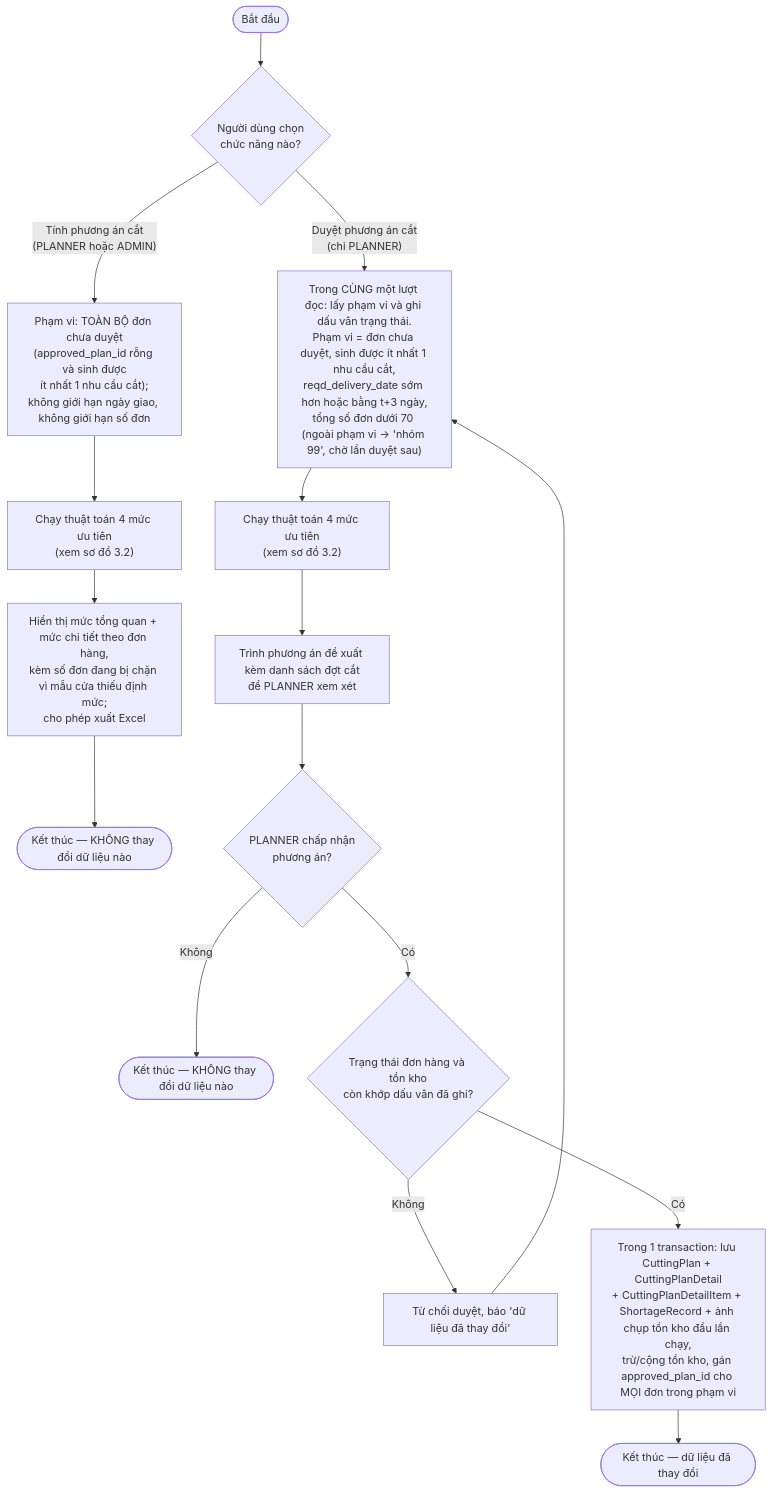
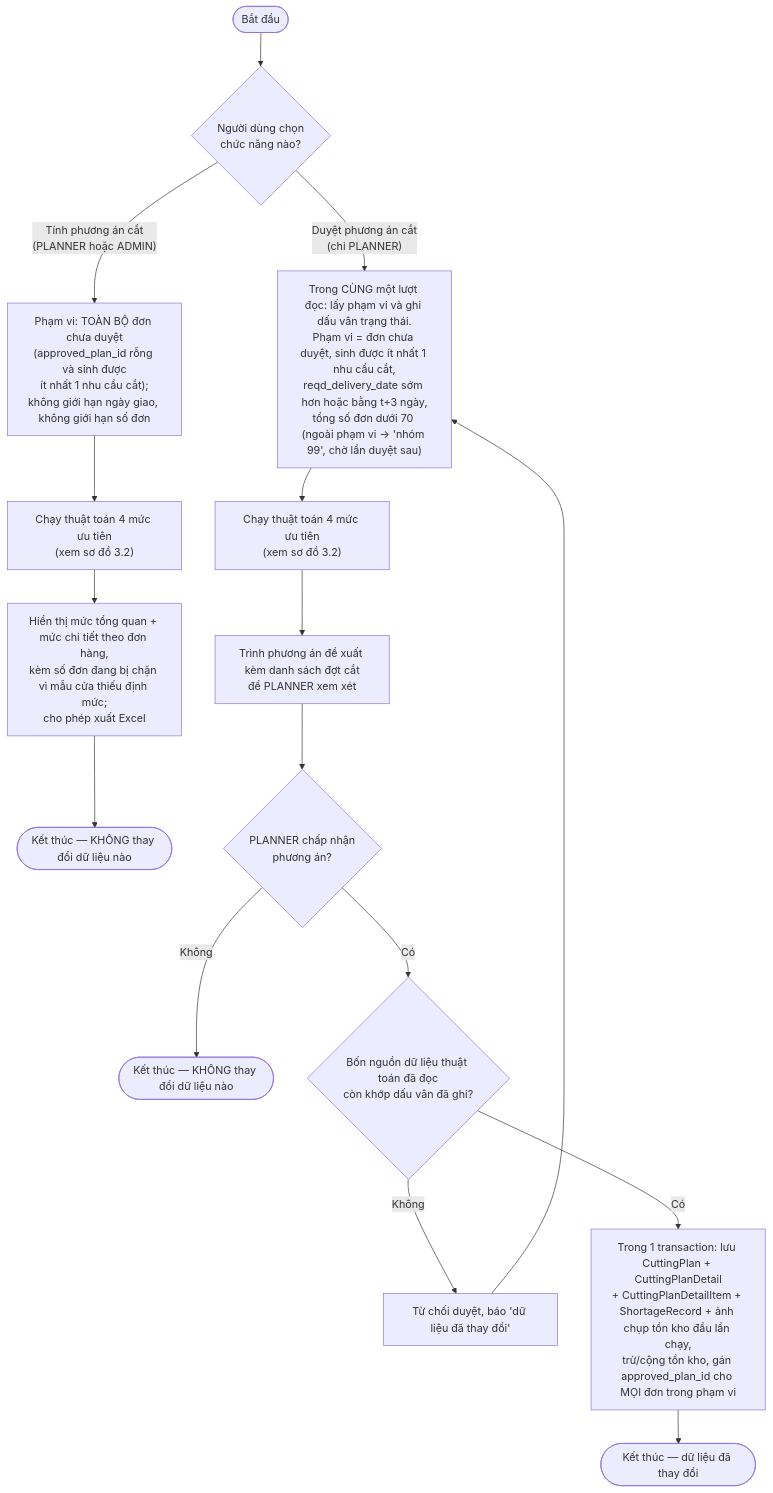
One commit to huydeptraii123/GraduationThesis changed the third of 5 diagrams in docs/activity-diagrams.md. Above: the diagram before and after it, drawn with Mermaid. The commit also changed other lines of this file and 1 other file, not shown here.

````diff
--- a/docs/activity-diagrams.md
+++ b/docs/activity-diagrams.md
@@ -101,20 +101,20 @@
 ```mermaid
 flowchart TD
     A([Bắt đầu]) --> B{"Người dùng chọn<br/>chức năng nào?"}
 
     B -- "Tính phương án cắt<br/>(PLANNER hoặc ADMIN)" --> C["Phạm vi: TOÀN BỘ đơn chưa duyệt<br/>(approved_plan_id rỗng và sinh được<br/>ít nhất 1 nhu cầu cắt);<br/>không giới hạn ngày giao, không giới hạn số đơn"]
     C --> D["Chạy thuật toán 4 mức ưu tiên<br/>(xem sơ đồ 3.2)"]
     D --> E["Hiển thị mức tổng quan + mức chi tiết theo đơn hàng,<br/>kèm số đơn đang bị chặn vì mẫu cửa thiếu định mức;<br/>cho phép xuất Excel"]
     E --> Z1([Kết thúc — KHÔNG thay đổi dữ liệu nào])
 
     B -- "Duyệt phương án cắt<br/>(chỉ PLANNER)" --> F["Trong CÙNG một lượt đọc: lấy phạm vi và ghi dấu vân trạng thái.<br/>Phạm vi = đơn chưa duyệt, sinh được ít nhất 1 nhu cầu cắt,<br/>reqd_delivery_date sớm hơn hoặc bằng t+3 ngày,<br/>tổng số đơn dưới 70 (ngoài phạm vi → 'nhóm 99', chờ lần duyệt sau)"]
     F --> G["Chạy thuật toán 4 mức ưu tiên<br/>(xem sơ đồ 3.2)"]
     G --> I["Trình phương án đề xuất kèm danh sách đợt cắt<br/>để PLANNER xem xét"]
     I --> J{"PLANNER chấp nhận<br/>phương án?"}
     J -- "Không" --> Z2([Kết thúc — KHÔNG thay đổi dữ liệu nào])
-    J -- "Có" --> K{"Trạng thái đơn hàng và tồn kho<br/>còn khớp dấu vân đã ghi?"}
+    J -- "Có" --> K{"Bốn nguồn dữ liệu thuật toán đã đọc<br/>còn khớp dấu vân đã ghi?"}
     K -- "Không" --> K1["Từ chối duyệt, báo 'dữ liệu đã thay đổi'"]
     K1 --> F
     K -- "Có" --> L["Trong 1 transaction: lưu CuttingPlan + CuttingPlanDetail<br/>+ CuttingPlanDetailItem + ShortageRecord + ảnh chụp tồn kho đầu lần chạy,<br/>trừ/cộng tồn kho, gán approved_plan_id cho MỌI đơn trong phạm vi"]
     L --> Z3([Kết thúc — dữ liệu đã thay đổi])
 ```
````
